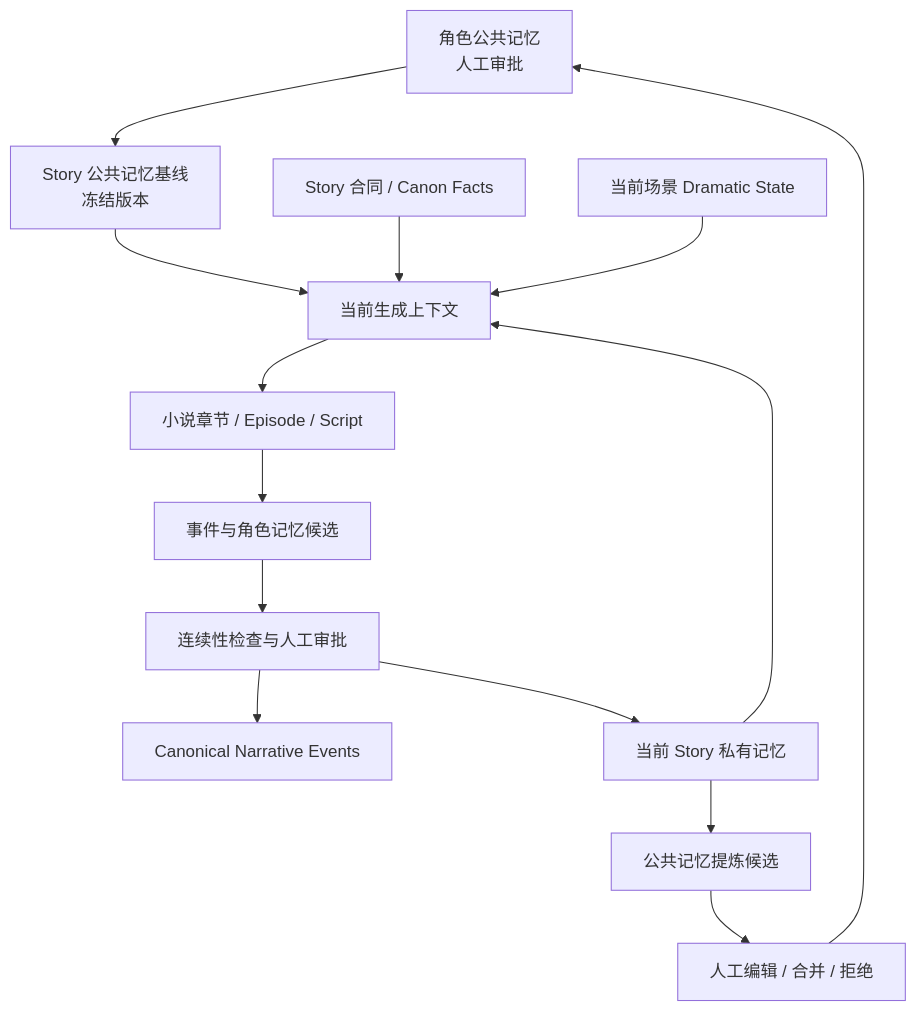
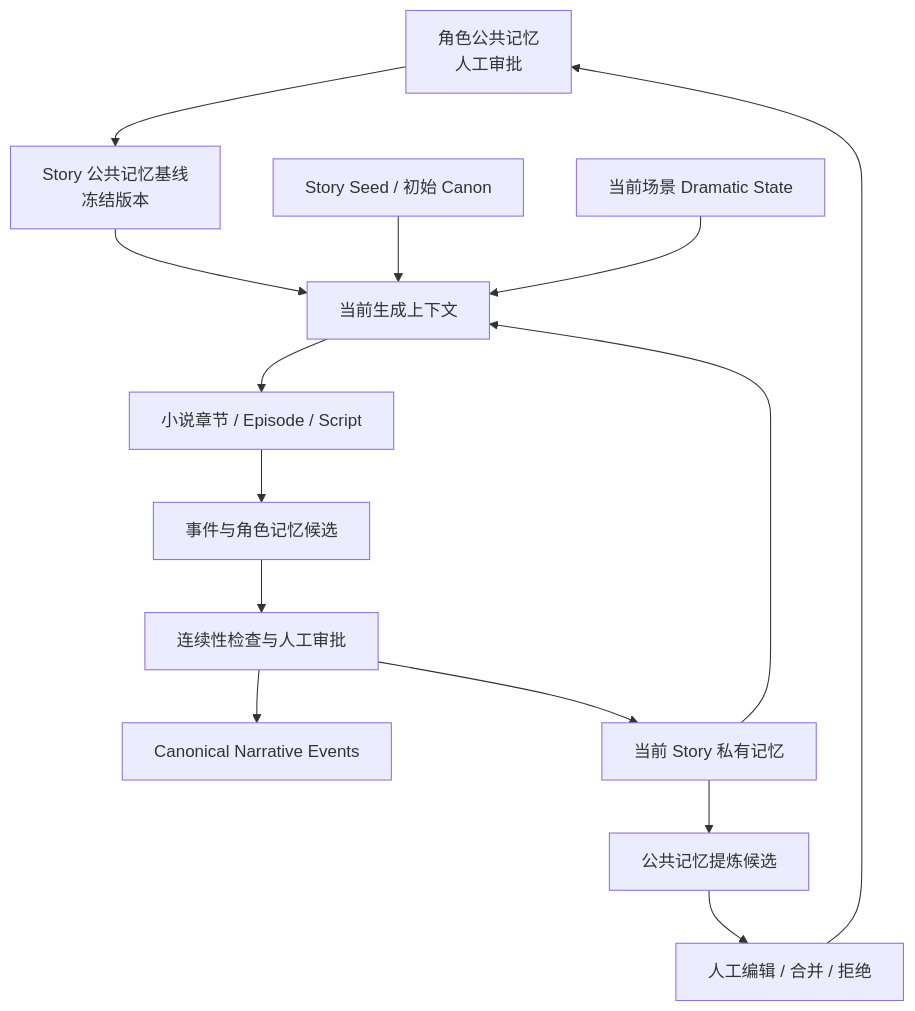
Before and after one commit to yfge/ai-video-studio: the diagram in docs/design/narrative-memory-and-dramatic-state.md, drawn with Mermaid. The commit also changed other lines of this file and 120 other files, not shown here.

````diff
--- a/docs/design/narrative-memory-and-dramatic-state.md
+++ b/docs/design/narrative-memory-and-dramatic-state.md
@@ -133,16 +154,16 @@
 ```mermaid
 flowchart TD
     Shared["角色公共记忆\n人工审批"] --> Baseline["Story 公共记忆基线\n冻结版本"]
-    Contract["Story 合同 / Canon Facts"] --> Context["当前生成上下文"]
+    Contract["Story Seed / 初始 Canon"] --> Context["当前生成上下文"]
     Baseline --> Context
     Private["当前 Story 私有记忆"] --> Context
     Dramatic["当前场景 Dramatic State"] --> Context
     Context --> Generated["小说章节 / Episode / Script"]
     Generated --> Candidate["事件与角色记忆候选"]
     Candidate --> Review["连续性检查与人工审批"]
     Review --> Events["Canonical Narrative Events"]
     Review --> Private
     Private --> Promotion["公共记忆提炼候选"]
     Promotion --> Human["人工编辑 / 合并 / 拒绝"]
     Human --> Shared
 ```
````
